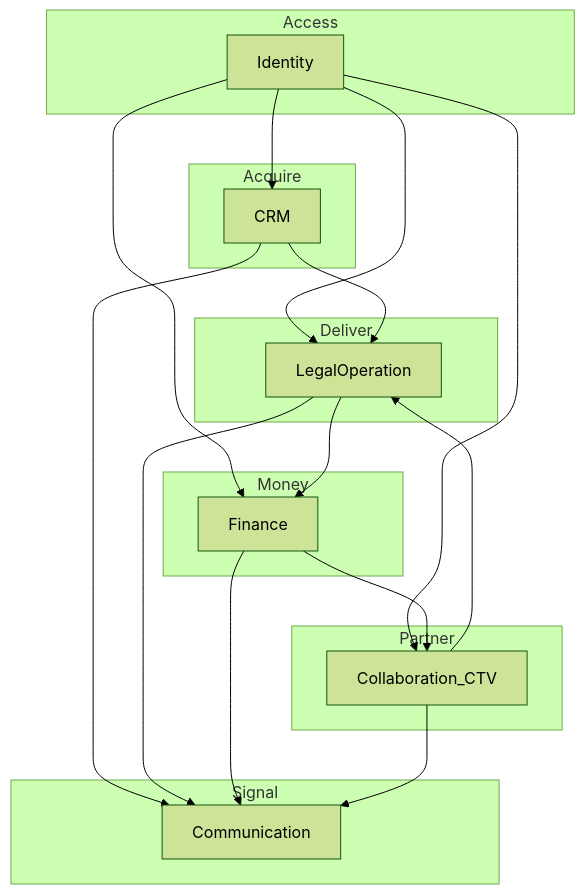
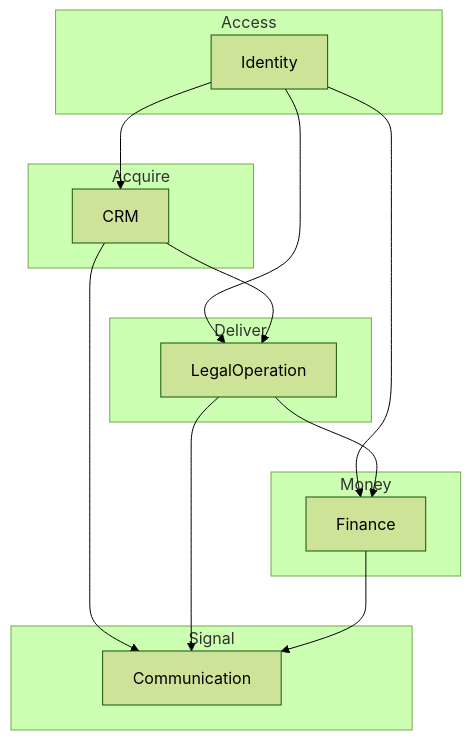
The first of 4 diagrams in docs/02-domain/BusinessCapabilityMap.md (PNCTriet/DYN_CRM_BACKEND), drawn with Mermaid (forest theme) before and after one commit. The commit also changed other lines of this file and 46 other files, not shown here.

````diff
--- a/docs/02-domain/BusinessCapabilityMap.md
+++ b/docs/02-domain/BusinessCapabilityMap.md
@@ -32,33 +32,26 @@
 ```mermaid
 flowchart TB
   subgraph acquire [Acquire]
     CRM[CRM]
-  end
-  subgraph partner [Partner]
-    COL[Collaboration_CTV]
   end
   subgraph deliver [Deliver]
     LEG[LegalOperation]
   end
   subgraph money [Money]
     FIN[Finance]
   end
   subgraph access [Access]
     ID[Identity]
   end
   subgraph signal [Signal]
     COM[Communication]
   end
   ID --> CRM
-  ID --> COL
   ID --> LEG
   ID --> FIN
   CRM --> LEG
-  COL --> LEG
   LEG --> FIN
-  FIN --> COL
   CRM --> COM
   LEG --> COM
   FIN --> COM
-  COL --> COM
 ```
````
